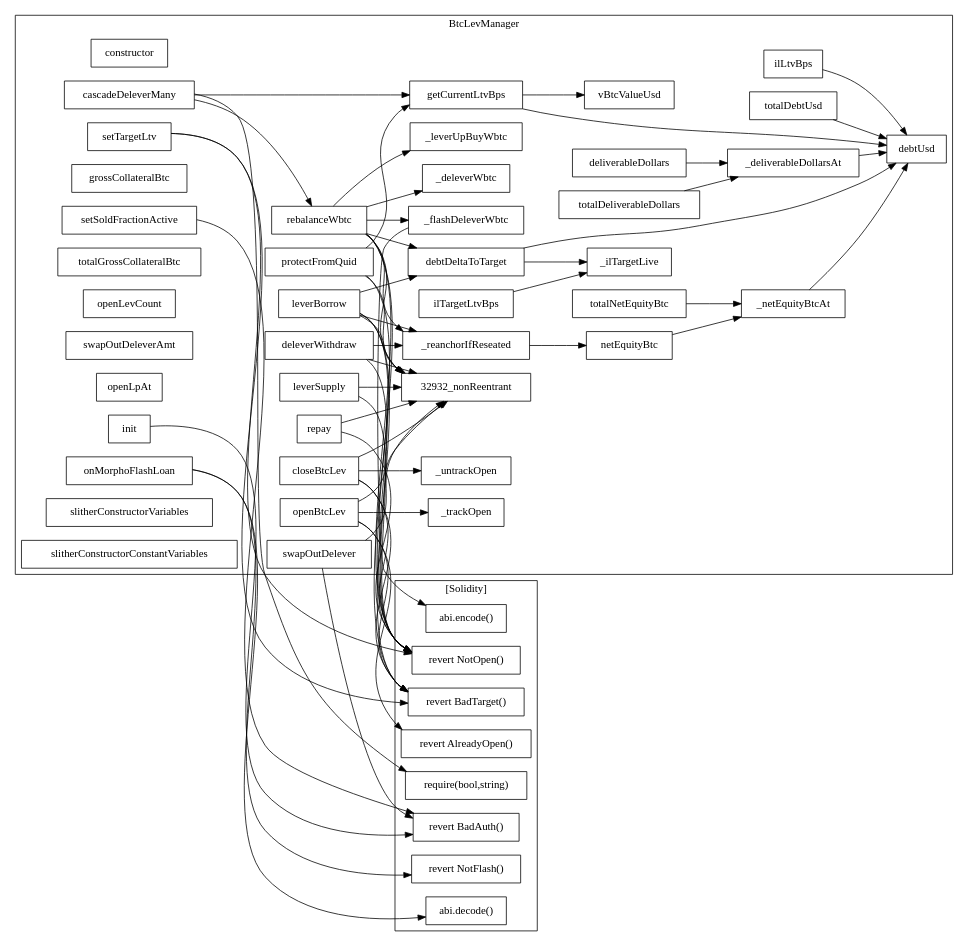
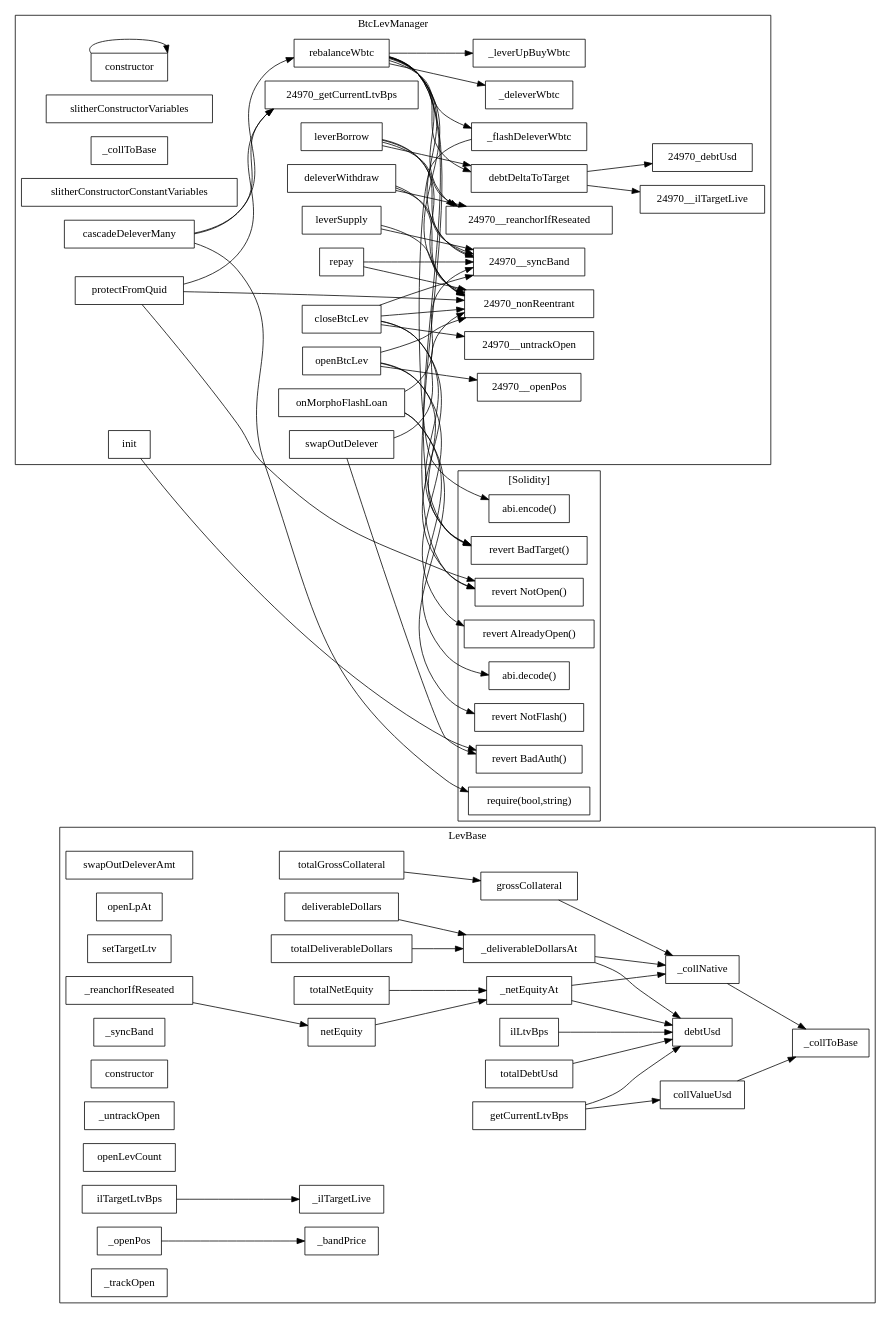
The diagram in evm/slither-out/...BtcLevManager.call-graph.dot (quidmints/SPV), drawn with Graphviz before and after one commit. The commit also changed 98 other files, not shown here.

First line of the commit message:
Regenerate slither-out: it described an architecture deleted 12 days ago

```diff
--- a/evm/slither-out/...BtcLevManager.call-graph.dot
+++ b/evm/slither-out/...BtcLevManager.call-graph.dot
@@ -1,115 +1,130 @@
 strict digraph {
 rankdir="LR"
 node [shape=box]
-subgraph cluster_32932_BtcLevManager {
+subgraph cluster_50633_LevBase {
+label = "LevBase"
+"50633_debtUsd" [label="debtUsd"]
+"50633_swapOutDeleverAmt" [label="swapOutDeleverAmt"]
+"50633_openLpAt" [label="openLpAt"]
+"50633_ilLtvBps" [label="ilLtvBps"]
+"50633_totalGrossCollateral" [label="totalGrossCollateral"]
+"50633_getCurrentLtvBps" [label="getCurrentLtvBps"]
+"50633__collNative" [label="_collNative"]
+"50633__netEquityAt" [label="_netEquityAt"]
+"50633_grossCollateral" [label="grossCollateral"]
+"50633_setTargetLtv" [label="setTargetLtv"]
+"50633_totalDebtUsd" [label="totalDebtUsd"]
+"50633__reanchorIfReseated" [label="_reanchorIfReseated"]
+"50633__syncBand" [label="_syncBand"]
+"50633__bandPrice" [label="_bandPrice"]
+"50633_totalDeliverableDollars" [label="totalDeliverableDollars"]
+"50633_constructor" [label="constructor"]
+"50633_totalNetEquity" [label="totalNetEquity"]
+"50633_netEquity" [label="netEquity"]
+"50633__collToBase" [label="_collToBase"]
+"50633__ilTargetLive" [label="_ilTargetLive"]
+"50633__untrackOpen" [label="_untrackOpen"]
+"50633_collValueUsd" [label="collValueUsd"]
+"50633__deliverableDollarsAt" [label="_deliverableDollarsAt"]
+"50633_deliverableDollars" [label="deliverableDollars"]
+"50633_openLevCount" [label="openLevCount"]
+"50633_ilTargetLtvBps" [label="ilTargetLtvBps"]
+"50633__openPos" [label="_openPos"]
+"50633__trackOpen" [label="_trackOpen"]
+"50633_totalNetEquity" -> "50633__netEquityAt"
+"50633__openPos" -> "50633__bandPrice"
+"50633__reanchorIfReseated" -> "50633_netEquity"
+"50633__deliverableDollarsAt" -> "50633_debtUsd"
+"50633__deliverableDollarsAt" -> "50633__collNative"
+"50633_collValueUsd" -> "50633__collToBase"
+"50633_totalDebtUsd" -> "50633_debtUsd"
+"50633_grossCollateral" -> "50633__collNative"
+"50633_netEquity" -> "50633__netEquityAt"
+"50633_deliverableDollars" -> "50633__deliverableDollarsAt"
+"50633_totalGrossCollateral" -> "50633_grossCollateral"
+"50633__netEquityAt" -> "50633_debtUsd"
+"50633_ilTargetLtvBps" -> "50633__ilTargetLive"
+"50633_totalDeliverableDollars" -> "50633__deliverableDollarsAt"
+"50633__netEquityAt" -> "50633__collNative"
+"50633_getCurrentLtvBps" -> "50633_collValueUsd"
+"50633_ilLtvBps" -> "50633_debtUsd"
+"50633__collNative" -> "50633__collToBase"
+"50633_getCurrentLtvBps" -> "50633_debtUsd"
+}subgraph cluster_24970_BtcLevManager {
 label = "BtcLevManager"
-"32932_constructor" [label="constructor"]
-"32932_swapOutDelever" [label="swapOutDelever"]
-"32932_setTargetLtv" [label="setTargetLtv"]
-"32932__reanchorIfReseated" [label="_reanchorIfReseated"]
-"32932_setSoldFractionActive" [label="setSoldFractionActive"]
-"32932__netEquityBtcAt" [label="_netEquityBtcAt"]
-"32932_leverSupply" [label="leverSupply"]
-"32932_deleverWithdraw" [label="deleverWithdraw"]
-"32932_grossCollateralBtc" [label="grossCollateralBtc"]
-"32932__untrackOpen" [label="_untrackOpen"]
-"32932_ilLtvBps" [label="ilLtvBps"]
-"32932__deleverWbtc" [label="_deleverWbtc"]
-"32932_onMorphoFlashLoan" [label="onMorphoFlashLoan"]
-"32932_totalGrossCollateralBtc" [label="totalGrossCollateralBtc"]
-"32932_openLevCount" [label="openLevCount"]
-"32932_swapOutDeleverAmt" [label="swapOutDeleverAmt"]
-"32932_openLpAt" [label="openLpAt"]
-"32932_protectFromQuid" [label="protectFromQuid"]
-"32932_init" [label="init"]
-"32932_netEquityBtc" [label="netEquityBtc"]
-"32932_closeBtcLev" [label="closeBtcLev"]
-"32932_totalDebtUsd" [label="totalDebtUsd"]
-"32932_cascadeDeleverMany" [label="cascadeDeleverMany"]
-"32932_slitherConstructorVariables" [label="slitherConstructorVariables"]
-"32932_deliverableDollars" [label="deliverableDollars"]
-"32932_totalDeliverableDollars" [label="totalDeliverableDollars"]
-"32932__ilTargetLive" [label="_ilTargetLive"]
-"32932__leverUpBuyWbtc" [label="_leverUpBuyWbtc"]
-"32932__deliverableDollarsAt" [label="_deliverableDollarsAt"]
-"32932_rebalanceWbtc" [label="rebalanceWbtc"]
-"32932__flashDeleverWbtc" [label="_flashDeleverWbtc"]
-"32932_debtUsd" [label="debtUsd"]
-"32932_vBtcValueUsd" [label="vBtcValueUsd"]
-"32932__trackOpen" [label="_trackOpen"]
-"32932_debtDeltaToTarget" [label="debtDeltaToTarget"]
-"32932_slitherConstructorConstantVariables" [label="slitherConstructorConstantVariables"]
-"32932_openBtcLev" [label="openBtcLev"]
-"32932_getCurrentLtvBps" [label="getCurrentLtvBps"]
-"32932_ilTargetLtvBps" [label="ilTargetLtvBps"]
-"32932_leverBorrow" [label="leverBorrow"]
-"32932_totalNetEquityBtc" [label="totalNetEquityBtc"]
-"32932_repay" [label="repay"]
-"32932_cascadeDeleverMany" -> "32932_getCurrentLtvBps"
-"32932_ilLtvBps" -> "32932_debtUsd"
-"32932_debtDeltaToTarget" -> "32932__ilTargetLive"
-"32932_rebalanceWbtc" -> "32932__deleverWbtc"
-"32932_rebalanceWbtc" -> "32932__flashDeleverWbtc"
-"32932_leverBorrow" -> "32932__reanchorIfReseated"
-"32932_leverSupply" -> "32932_nonReentrant"
-"32932_deliverableDollars" -> "32932__deliverableDollarsAt"
-"32932_ilTargetLtvBps" -> "32932__ilTargetLive"
-"32932_deleverWithdraw" -> "32932_nonReentrant"
-"32932_openBtcLev" -> "32932_nonReentrant"
-"32932_totalNetEquityBtc" -> "32932__netEquityBtcAt"
-"32932_rebalanceWbtc" -> "32932_debtDeltaToTarget"
-"32932_closeBtcLev" -> "32932__untrackOpen"
-"32932__netEquityBtcAt" -> "32932_debtUsd"
-"32932_protectFromQuid" -> "32932_nonReentrant"
-"32932_deleverWithdraw" -> "32932__reanchorIfReseated"
-"32932_leverBorrow" -> "32932_debtDeltaToTarget"
-"32932_debtDeltaToTarget" -> "32932_debtUsd"
-"32932_netEquityBtc" -> "32932__netEquityBtcAt"
-"32932_protectFromQuid" -> "32932_getCurrentLtvBps"
-"32932_closeBtcLev" -> "32932_nonReentrant"
-"32932_openBtcLev" -> "32932__trackOpen"
-"32932_rebalanceWbtc" -> "32932_nonReentrant"
-"32932_getCurrentLtvBps" -> "32932_vBtcValueUsd"
-"32932_totalDeliverableDollars" -> "32932__deliverableDollarsAt"
-"32932_swapOutDelever" -> "32932_nonReentrant"
-"32932_totalDebtUsd" -> "32932_debtUsd"
-"32932_rebalanceWbtc" -> "32932__reanchorIfReseated"
-"32932_repay" -> "32932_nonReentrant"
-"32932__reanchorIfReseated" -> "32932_netEquityBtc"
-"32932_rebalanceWbtc" -> "32932__leverUpBuyWbtc"
-"32932__deliverableDollarsAt" -> "32932_debtUsd"
-"32932_getCurrentLtvBps" -> "32932_debtUsd"
-"32932_leverBorrow" -> "32932_nonReentrant"
+"24970_constructor" [label="constructor"]
+"24970_openBtcLev" [label="openBtcLev"]
+"24970_slitherConstructorVariables" [label="slitherConstructorVariables"]
+"24970__collToBase" [label="_collToBase"]
+"24970__flashDeleverWbtc" [label="_flashDeleverWbtc"]
+"24970_swapOutDelever" [label="swapOutDelever"]
+"24970_rebalanceWbtc" [label="rebalanceWbtc"]
+"24970_slitherConstructorConstantVariables" [label="slitherConstructorConstantVariables"]
+"24970_onMorphoFlashLoan" [label="onMorphoFlashLoan"]
+"24970_cascadeDeleverMany" [label="cascadeDeleverMany"]
+"24970_closeBtcLev" [label="closeBtcLev"]
+"24970_deleverWithdraw" [label="deleverWithdraw"]
+"24970__deleverWbtc" [label="_deleverWbtc"]
+"24970_protectFromQuid" [label="protectFromQuid"]
+"24970_repay" [label="repay"]
+"24970_leverSupply" [label="leverSupply"]
+"24970_debtDeltaToTarget" [label="debtDeltaToTarget"]
+"24970_init" [label="init"]
+"24970__leverUpBuyWbtc" [label="_leverUpBuyWbtc"]
+"24970_leverBorrow" [label="leverBorrow"]
+"24970_closeBtcLev" -> "24970_nonReentrant"
+"24970_repay" -> "24970__syncBand"
+"24970_protectFromQuid" -> "24970_getCurrentLtvBps"
+"24970_debtDeltaToTarget" -> "24970_debtUsd"
+"24970_rebalanceWbtc" -> "24970__reanchorIfReseated"
+"24970_leverSupply" -> "24970_nonReentrant"
+"24970_onMorphoFlashLoan" -> "24970__syncBand"
+"24970_rebalanceWbtc" -> "24970__flashDeleverWbtc"
+"24970_openBtcLev" -> "24970_nonReentrant"
+"24970_closeBtcLev" -> "24970__untrackOpen"
+"24970_cascadeDeleverMany" -> "24970_getCurrentLtvBps"
+"24970_rebalanceWbtc" -> "24970__leverUpBuyWbtc"
+"24970_leverSupply" -> "24970__syncBand"
+"24970_constructor" -> "24970_constructor"
+"24970_leverBorrow" -> "24970_nonReentrant"
+"24970_leverBorrow" -> "24970__syncBand"
+"24970_openBtcLev" -> "24970__openPos"
+"24970_leverBorrow" -> "24970__reanchorIfReseated"
+"24970_deleverWithdraw" -> "24970_nonReentrant"
+"24970_rebalanceWbtc" -> "24970_debtDeltaToTarget"
+"24970_swapOutDelever" -> "24970_nonReentrant"
+"24970_debtDeltaToTarget" -> "24970__ilTargetLive"
+"24970_protectFromQuid" -> "24970_nonReentrant"
+"24970_leverBorrow" -> "24970_debtDeltaToTarget"
+"24970_rebalanceWbtc" -> "24970_nonReentrant"
+"24970_deleverWithdraw" -> "24970__reanchorIfReseated"
+"24970_repay" -> "24970_nonReentrant"
+"24970_rebalanceWbtc" -> "24970__deleverWbtc"
+"24970_deleverWithdraw" -> "24970__syncBand"
+"24970_rebalanceWbtc" -> "24970__syncBand"
+"24970_closeBtcLev" -> "24970__syncBand"
 }subgraph cluster_solidity {
 label = "[Solidity]"
 "revert AlreadyOpen()" 
+"revert NotOpen()" 
 "revert BadTarget()" 
 "revert BadAuth()" 
-"revert NotOpen()" 
+"abi.decode()" 
+"abi.encode()" 
 "require(bool,string)" 
-"abi.encode()" 
 "revert NotFlash()" 
-"abi.decode()" 
-"32932_repay" -> "revert NotOpen()"
-"32932_leverSupply" -> "revert NotOpen()"
-"32932_leverBorrow" -> "revert BadTarget()"
-"32932_rebalanceWbtc" -> "revert NotOpen()"
-"32932_deleverWithdraw" -> "revert NotOpen()"
-"32932_cascadeDeleverMany" -> "require(bool,string)"
-"32932_setSoldFractionActive" -> "revert BadAuth()"
-"32932_setTargetLtv" -> "revert NotOpen()"
-"32932_rebalanceWbtc" -> "revert BadTarget()"
-"32932__flashDeleverWbtc" -> "abi.encode()"
-"32932_protectFromQuid" -> "revert NotOpen()"
-"32932_leverBorrow" -> "revert NotOpen()"
-"32932_onMorphoFlashLoan" -> "revert NotFlash()"
-"32932_openBtcLev" -> "revert AlreadyOpen()"
-"32932_openBtcLev" -> "revert BadTarget()"
-"32932_init" -> "revert BadAuth()"
-"32932_setTargetLtv" -> "revert BadTarget()"
-"32932_swapOutDelever" -> "revert BadAuth()"
-"32932_closeBtcLev" -> "revert BadTarget()"
-"32932_closeBtcLev" -> "revert NotOpen()"
-"32932_onMorphoFlashLoan" -> "abi.decode()"
-}"32932_cascadeDeleverMany" -> "32932_rebalanceWbtc"
+"24970_init" -> "revert BadAuth()"
+"24970_cascadeDeleverMany" -> "require(bool,string)"
+"24970_closeBtcLev" -> "revert BadTarget()"
+"24970_openBtcLev" -> "revert AlreadyOpen()"
+"24970_onMorphoFlashLoan" -> "abi.decode()"
+"24970_rebalanceWbtc" -> "revert BadTarget()"
+"24970_onMorphoFlashLoan" -> "revert NotFlash()"
+"24970_closeBtcLev" -> "revert NotOpen()"
+"24970_swapOutDelever" -> "revert BadAuth()"
+"24970_openBtcLev" -> "revert BadTarget()"
+"24970_protectFromQuid" -> "revert NotOpen()"
+"24970_rebalanceWbtc" -> "revert NotOpen()"
+"24970__flashDeleverWbtc" -> "abi.encode()"
+}"24970_cascadeDeleverMany" -> "24970_rebalanceWbtc"
 }
```
